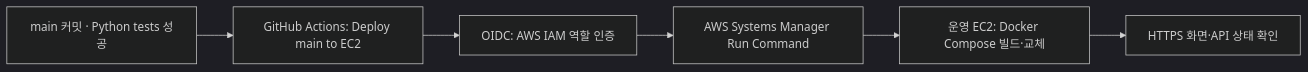
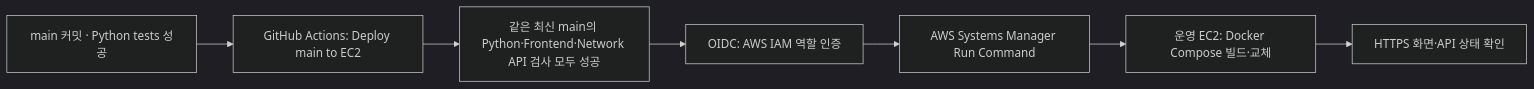
The second of 6 diagrams in docs/deliverables/03_architecture.md (SpicyAutumn/SKN33-4th-1Team), drawn with Mermaid (dark theme) before and after one commit. The commit also changed other lines of this file and 10 other files, not shown here.

````diff
--- a/docs/deliverables/03_architecture.md
+++ b/docs/deliverables/03_architecture.md
@@ -58,8 +58,9 @@
 ```mermaid
 flowchart LR
     MAIN["main 커밋 · Python tests 성공"] --> ACTIONS["GitHub Actions: Deploy main to EC2"]
-    ACTIONS --> OIDC["OIDC: AWS IAM 역할 인증"]
+    ACTIONS --> GATE["같은 최신 main의 Python·Frontend·Network API 검사 모두 성공"]
+    GATE --> OIDC["OIDC: AWS IAM 역할 인증"]
     OIDC --> SSM["AWS Systems Manager Run Command"]
     SSM --> DEPLOY["운영 EC2: Docker Compose 빌드·교체"]
     DEPLOY --> CHECK["HTTPS 화면·API 상태 확인"]
 ```
````
